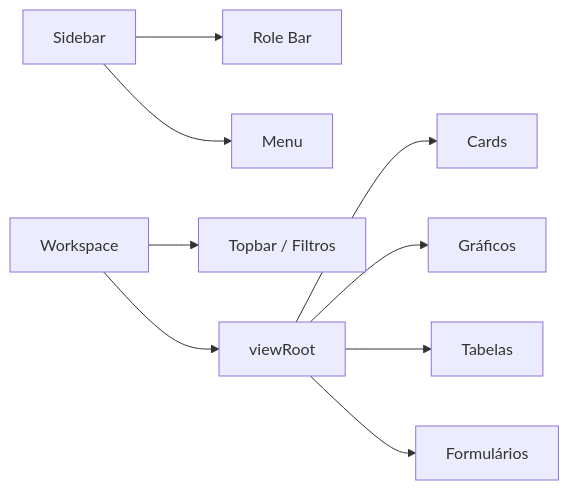
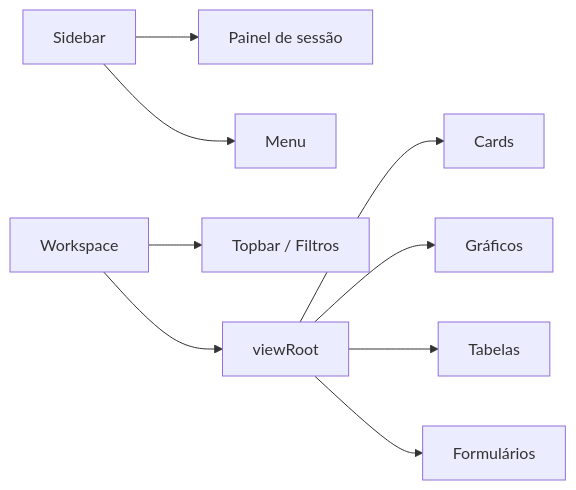
One commit to Thiago64ga/projeto-comercial-DB changed the diagram in docs/frontend.md. Above: the diagram before and after it, drawn with Mermaid. The commit also changed other lines of this file and 26 other files, not shown here.

````diff
--- a/docs/frontend.md
+++ b/docs/frontend.md
@@ -28,11 +29,11 @@
 ```mermaid
 flowchart LR
-    A[Sidebar] --> B[Role Bar]
+    A[Sidebar] --> B[Painel de sessão]
     A --> C[Menu]
     D[Workspace] --> E[Topbar / Filtros]
     D --> F[viewRoot]
     F --> G[Cards]
     F --> H[Gráficos]
     F --> I[Tabelas]
     F --> J[Formulários]
 ```
````
